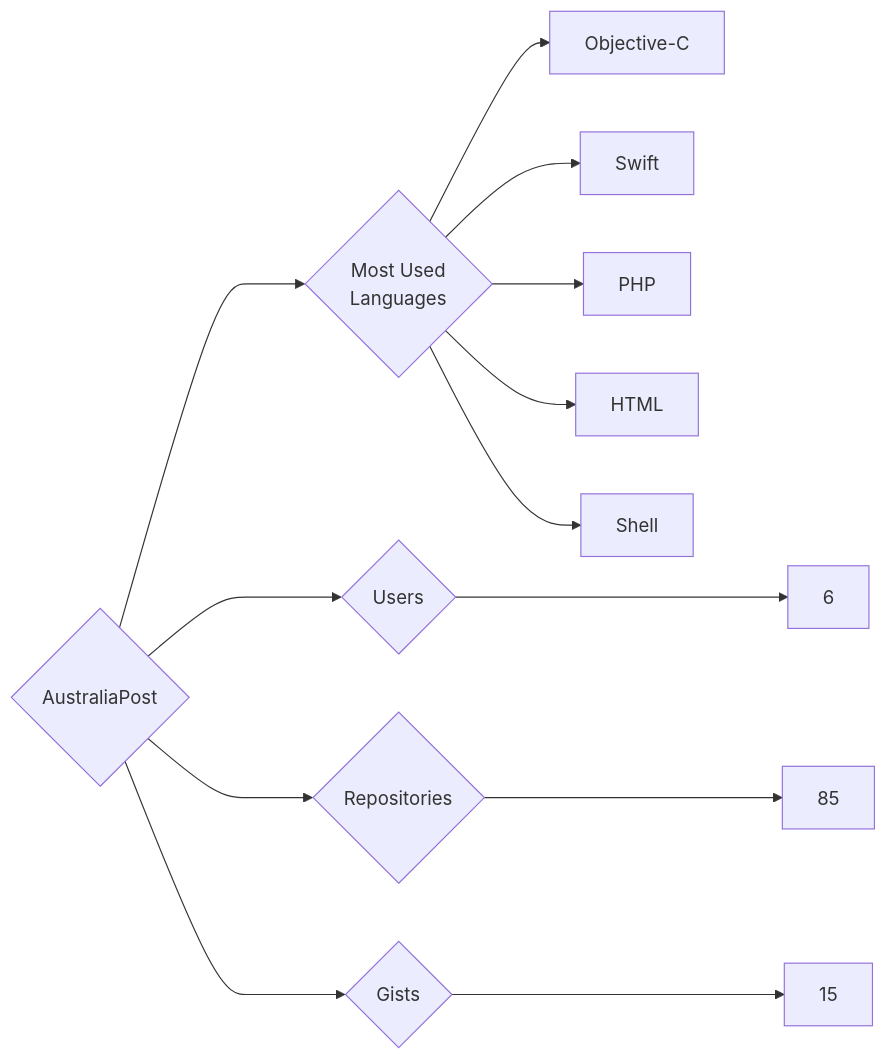
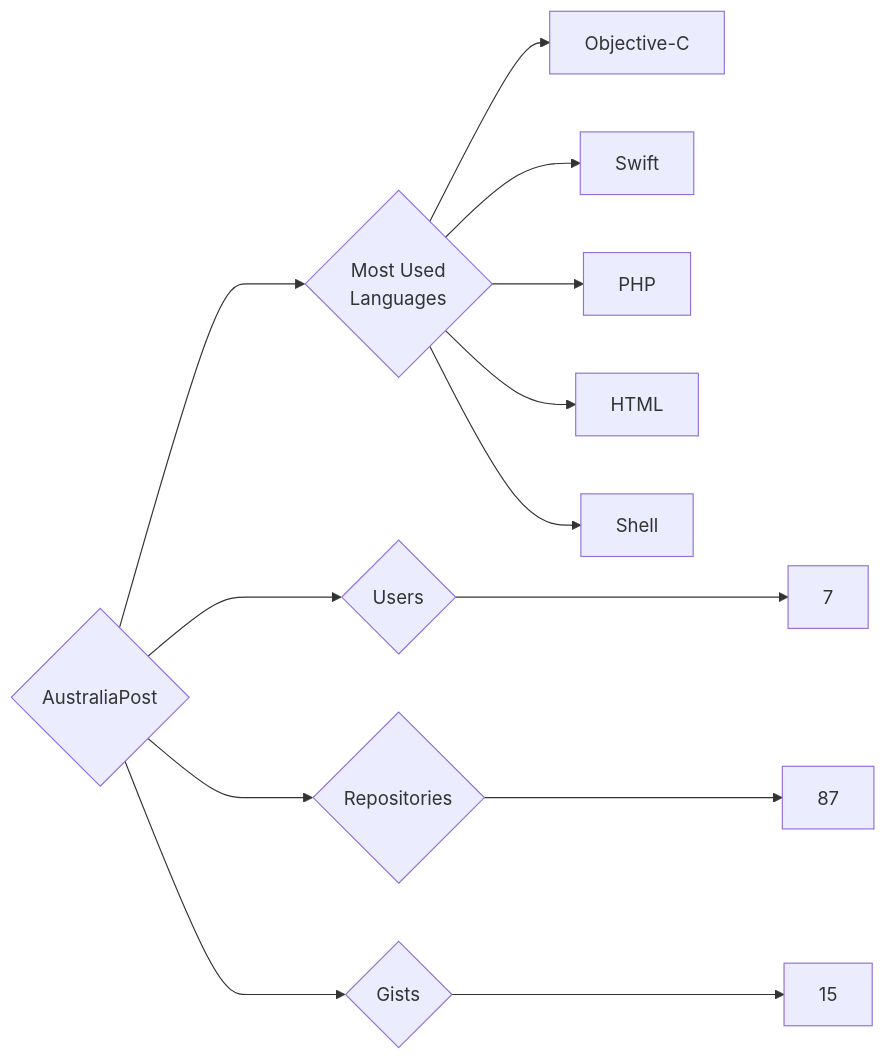
The diagram in targets/AustraliaPost/README.md (trickest/insiders), drawn with Mermaid before and after one commit. The commit also changed 840 other files, not shown here.

````diff
--- a/targets/AustraliaPost/README.md
+++ b/targets/AustraliaPost/README.md
@@ -3,13 +3,13 @@
 ```mermaid
 graph LR
 COMPANY_NAME{AustraliaPost}
-COMPANY_NAME ---> U{Users} ---> UN[6]
-COMPANY_NAME ---> R{Repositories} ---> RN[85]
+COMPANY_NAME ---> U{Users} ---> UN[7]
+COMPANY_NAME ---> R{Repositories} ---> RN[87]
 COMPANY_NAME ---> G{Gists} ---> GN[15]
 COMPANY_NAME ---> ML{Most Used<br>Languages}
 ML --> Objective-C[Objective-C]
 ML --> Swift[Swift]
 ML --> PHP[PHP]
 ML --> HTML[HTML]
 ML --> Shell[Shell]
 ```
````
